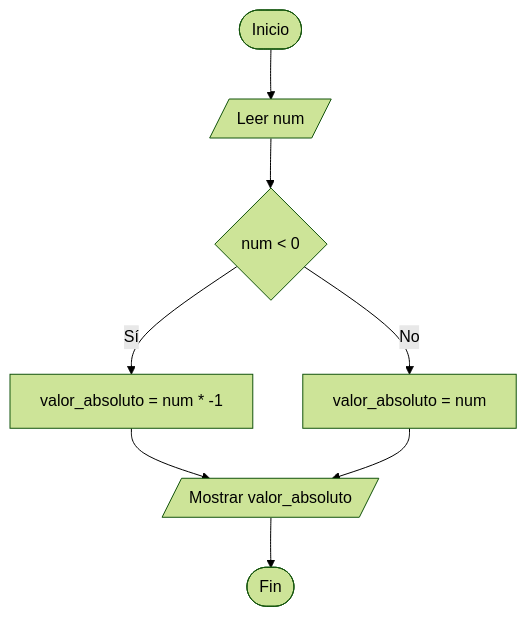
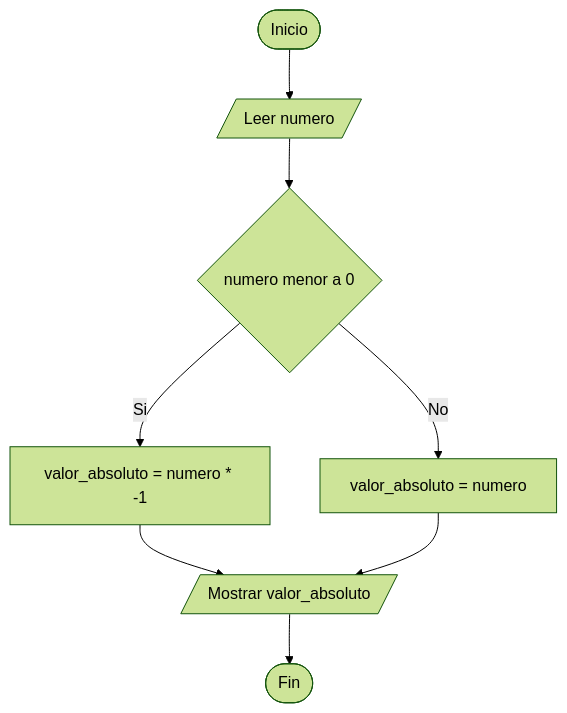
One commit to leslyquintero-eng/Taller-Condicionales-UTP changed the fourth of 9 diagrams in diagramas.md. Above: the diagram before and after it, drawn with Mermaid (forest theme). The commit also changed other lines of this file, not shown here.

Commit message:
Update flowchart text for clarity and consistency

````diff
--- a/diagramas.md
+++ b/diagramas.md
@@ -47,10 +46,10 @@
 ```mermaid
 graph TD
-    A([Inicio]) --> B[/Leer num/]
-    B --> C{num < 0}
-    C -- Sí --> D[valor_absoluto = num * -1]
-    C -- No --> E[valor_absoluto = num]
+    A([Inicio]) --> B[/Leer numero/]
+    B --> C{numero menor a 0}
+    C -- Si --> D[valor_absoluto = numero * -1]
+    C -- No --> E[valor_absoluto = numero]
     D --> F[/Mostrar valor_absoluto/]
     E --> F
     F --> G([Fin])
 ```
````
